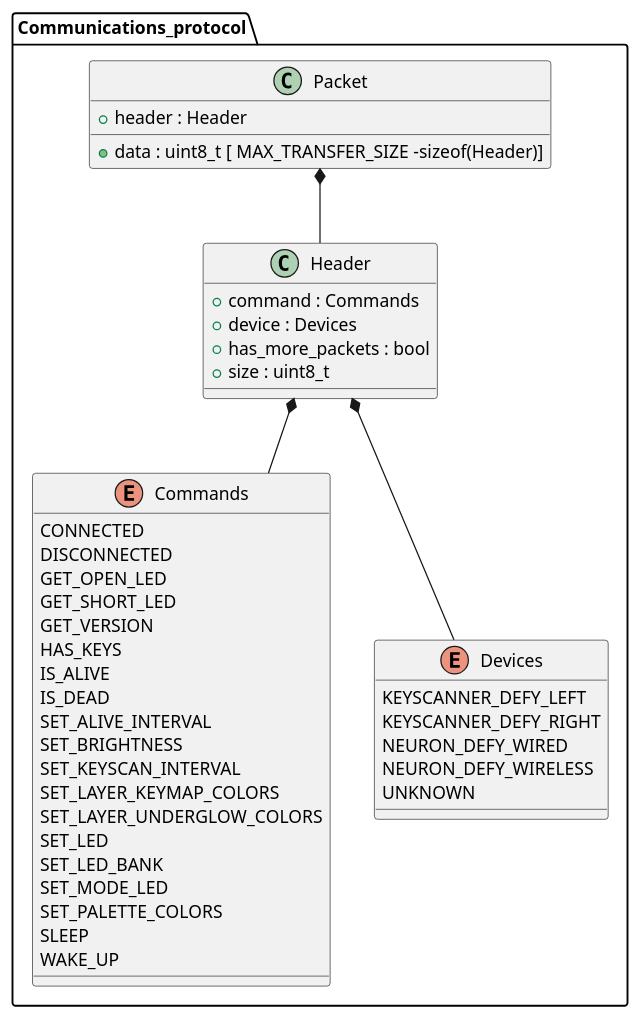
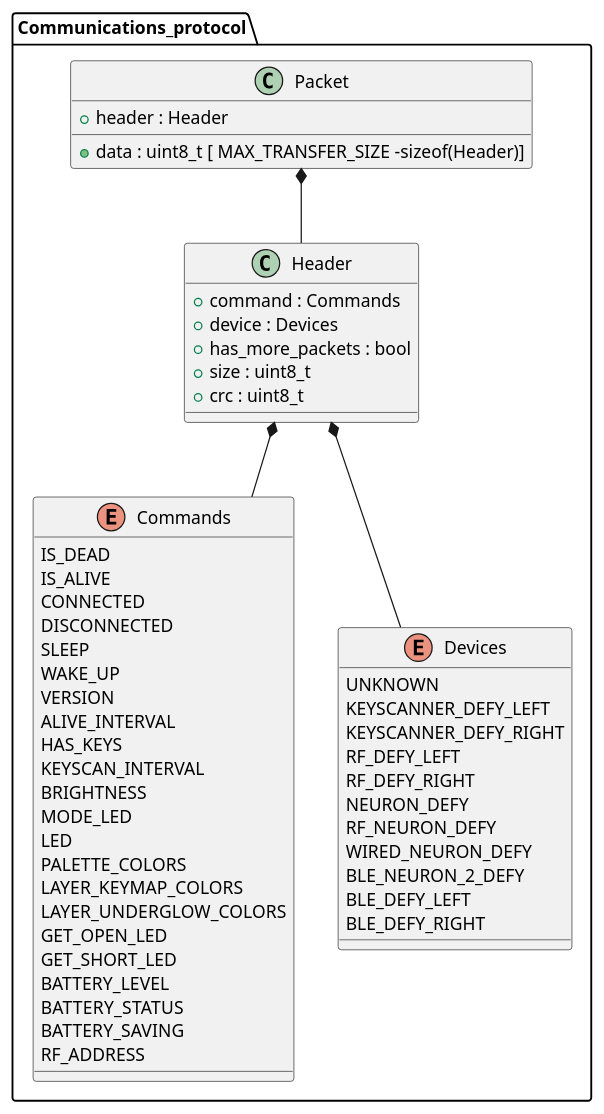
One commit to Dygmalab/DefyCommunications changed the diagram in docs/Communications_protocol.puml. Above: the diagram before and after it, drawn with PlantUML. The commit also changed 3 other files, not shown here.

```diff
--- a/docs/Communications_protocol.puml
+++ b/docs/Communications_protocol.puml
@@ -1,80 +1,90 @@
 @startuml
 
 
 
 
 
 /' Objects '/
 
 namespace Communications_protocol {
 	enum Commands {
-		CONNECTED
-		DISCONNECTED
-		GET_OPEN_LED
-		GET_SHORT_LED
-		GET_VERSION
-		HAS_KEYS
-		IS_ALIVE
-		IS_DEAD
-		SET_ALIVE_INTERVAL
-		SET_BRIGHTNESS
-		SET_KEYSCAN_INTERVAL
-		SET_LAYER_KEYMAP_COLORS
-		SET_LAYER_UNDERGLOW_COLORS
-		SET_LED
-		SET_LED_BANK
-		SET_MODE_LED
-		SET_PALETTE_COLORS
-		SLEEP
-		WAKE_UP
+        IS_DEAD
+        IS_ALIVE
+        CONNECTED
+        DISCONNECTED
+        SLEEP
+        WAKE_UP
+        VERSION
+        ALIVE_INTERVAL
+        HAS_KEYS
+        KEYSCAN_INTERVAL
+        BRIGHTNESS
+        MODE_LED
+        LED
+        PALETTE_COLORS
+        LAYER_KEYMAP_COLORS
+        LAYER_UNDERGLOW_COLORS
+        GET_OPEN_LED
+        GET_SHORT_LED
+        BATTERY_LEVEL
+        BATTERY_STATUS
+        BATTERY_SAVING
+        RF_ADDRESS
 	}
 
 	enum Devices {
-		KEYSCANNER_DEFY_LEFT
-		KEYSCANNER_DEFY_RIGHT
-		NEURON_DEFY_WIRED
-		NEURON_DEFY_WIRELESS
 		UNKNOWN
+        KEYSCANNER_DEFY_LEFT
+        KEYSCANNER_DEFY_RIGHT
+        RF_DEFY_LEFT
+        RF_DEFY_RIGHT
+        NEURON_DEFY
+        RF_NEURON_DEFY
+        WIRED_NEURON_DEFY
+        BLE_NEURON_2_DEFY
+        BLE_DEFY_LEFT
+        BLE_DEFY_RIGHT
 	}
 
 	class Header {
 		+command : Commands
 		+device : Devices
         +has_more_packets : bool
         +size : uint8_t
+        +crc : uint8_t
 	}
 
 	class Packet {
 		+header : Header
 		+data : uint8_t [ MAX_TRANSFER_SIZE -sizeof(Header)]
 	}
 }
 
 
 
 
 
 /' Inheritance relationships '/
 
 
 
 
 /' Aggregation relationships '/
 
 Communications_protocol.Header *-- Communications_protocol.Commands
 
 
 Communications_protocol.Header *-- Communications_protocol.Devices
 
 
 Communications_protocol.Packet *-- Communications_protocol.Header
 
 
 
 
 
 
 
 
 
 @enduml
```
